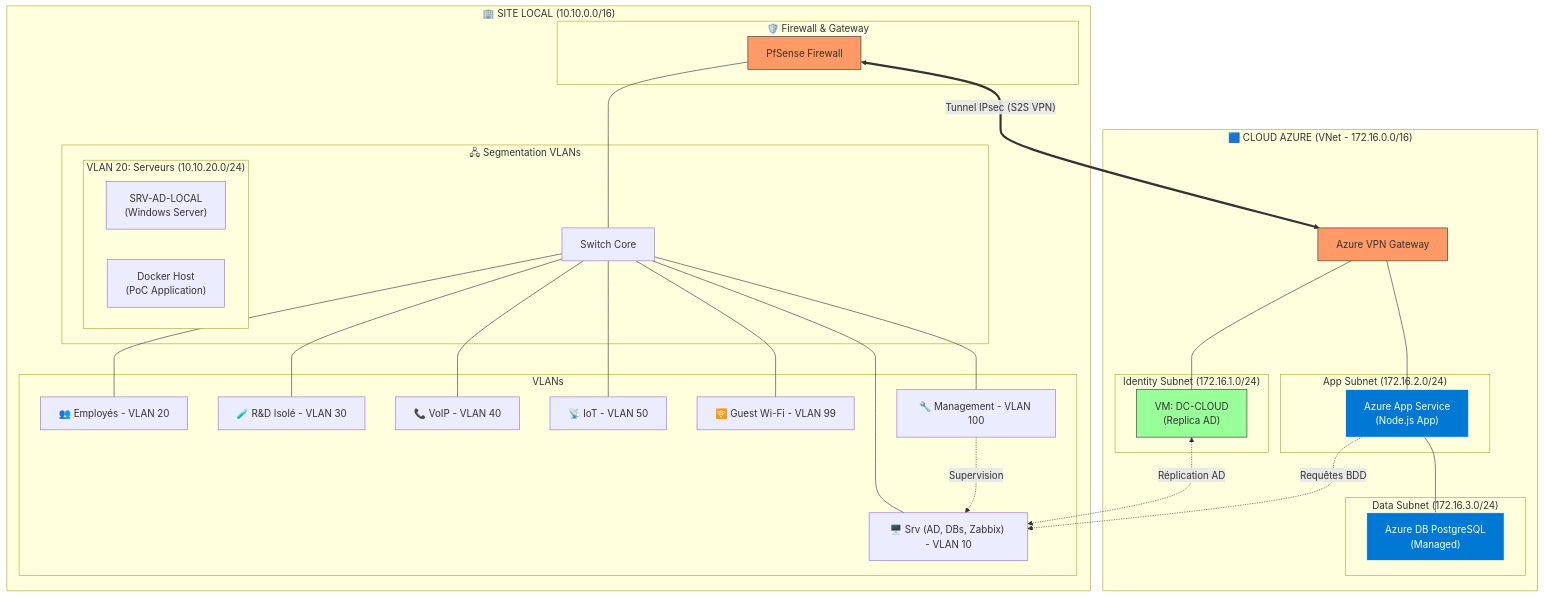
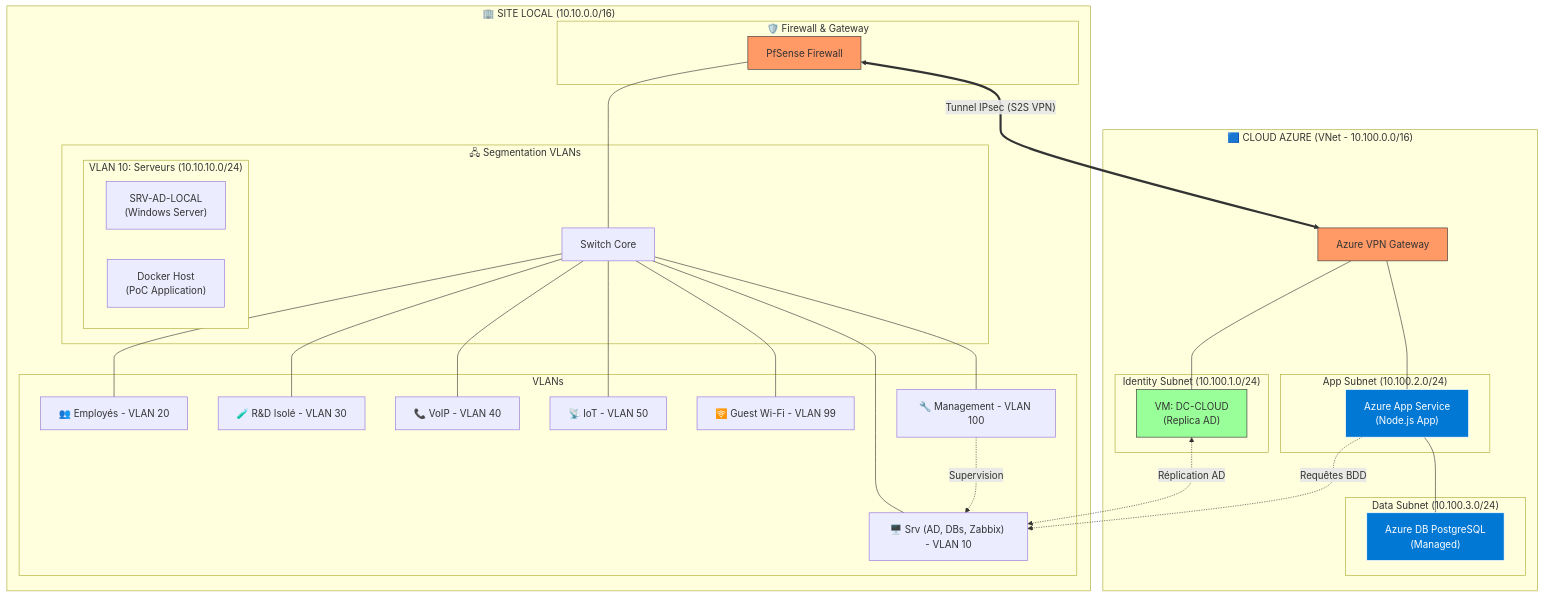
One commit to supermedmed-hash/B3_MFA_ILYES_OCEANE changed the diagram in docs/schemas/architecture_hybride_detaillee.md. Above: the diagram before and after it, drawn with Mermaid. The commit also changed other lines of this file and 19 other files, not shown here.

````diff
--- a/docs/schemas/architecture_hybride_detaillee.md
+++ b/docs/schemas/architecture_hybride_detaillee.md
@@ -7,71 +7,71 @@
 ```mermaid
 graph TD
-    subgraph "🟦 CLOUD AZURE (VNet - 172.16.0.0/16)"
-        subgraph "Identity Subnet (172.16.1.0/24)"
+    subgraph "🟦 CLOUD AZURE (VNet - 10.100.0.0/16)"
+        subgraph "Identity Subnet (10.100.1.0/24)"
             DC_AZ["VM: DC-CLOUD\n(Replica AD)"]
         end
 
-        subgraph "App Subnet (172.16.2.0/24)"
+        subgraph "App Subnet (10.100.2.0/24)"
             AZ_APP["Azure App Service\n(Node.js App)"]
         end
 
-        subgraph "Data Subnet (172.16.3.0/24)"
+        subgraph "Data Subnet (10.100.3.0/24)"
             AZ_PG["Azure DB PostgreSQL\n(Managed)"]
         end
 
         VGW["Azure VPN Gateway"]
     end
 
     subgraph "🏢 SITE LOCAL (10.10.0.0/16)"
         subgraph "🛡️ Firewall & Gateway"
             PFS["PfSense Firewall"]
         end
 
         subgraph "🖧 Segmentation VLANs"
-            subgraph "VLAN 20: Serveurs (10.10.20.0/24)"
+            subgraph "VLAN 10: Serveurs (10.10.10.0/24)"
                 DC_LOC["SRV-AD-LOCAL\n(Windows Server)"]
                 DKR["Docker Host\n(PoC Application)"]
             end
             SW["Switch Core"]
         end
 
         subgraph VLANS ["VLANs"]
             V10["🖥️ Srv (AD, DBs, Zabbix) - VLAN 10"]
             V20["👥 Employés - VLAN 20"]
             V30["🧪 R&D Isolé - VLAN 30"]
             V40["📞 VoIP - VLAN 40"]
             V50["📡 IoT - VLAN 50"]
             V99["🛜 Guest Wi-Fi - VLAN 99"]
             V100["🔧 Management - VLAN 100"]
         end
     end
 
     %% Interconnexions
     PFS <== "Tunnel IPsec (S2S VPN)" ==> VGW
     
     PFS --- SW
     SW --- V10
     SW --- V20
     SW --- V30
     SW --- V40
     SW --- V50
     SW --- V99
     SW --- V100
     
     %% Flux Cloud
     VGW --- DC_AZ
     VGW --- AZ_APP
     AZ_APP --- AZ_PG
     DC_AZ <-. "Réplication AD" .-> V10
 
     %% FLUX TRANSVERSES
     V100 -. "Supervision" .-> V10
     AZ_APP -. "Requêtes BDD" .-> V10
 
     %% Styling
     style PFS fill:#f96,stroke:#333
     style VGW fill:#f96,stroke:#333
     style AZ_APP fill:#0078d4,stroke:#fff,color:#fff
     style AZ_PG fill:#0078d4,stroke:#fff,color:#fff
     style DC_AZ fill:#9f9,stroke:#333
 ```
````
